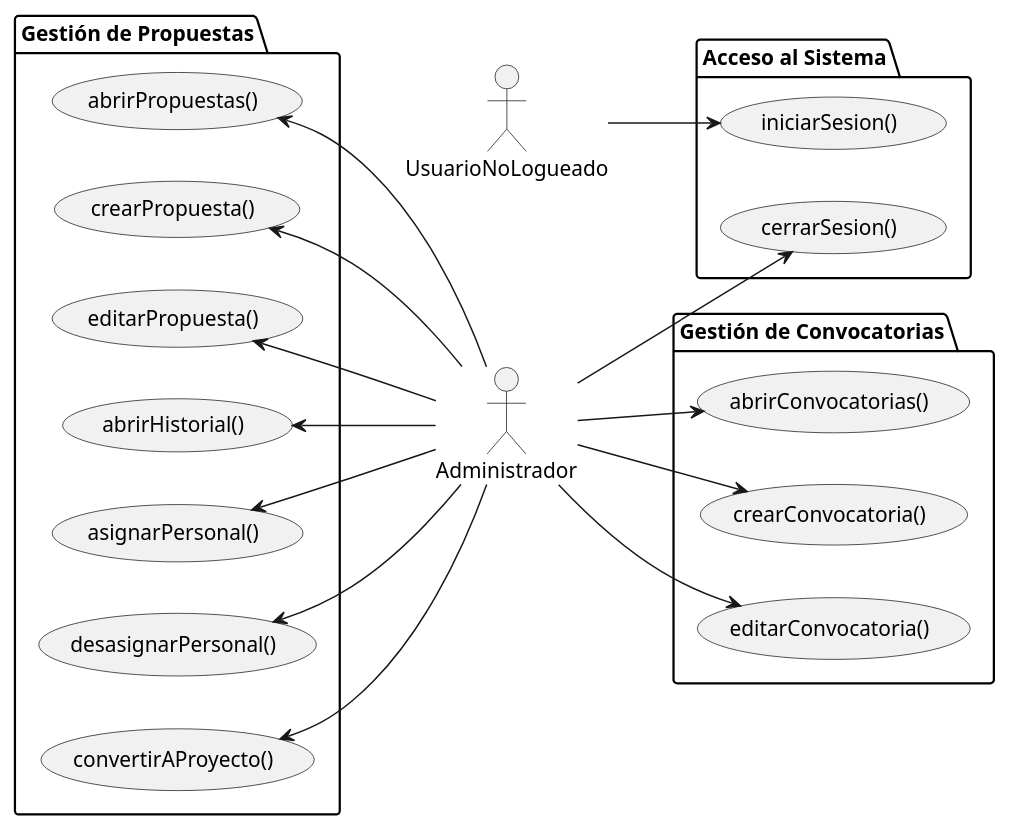
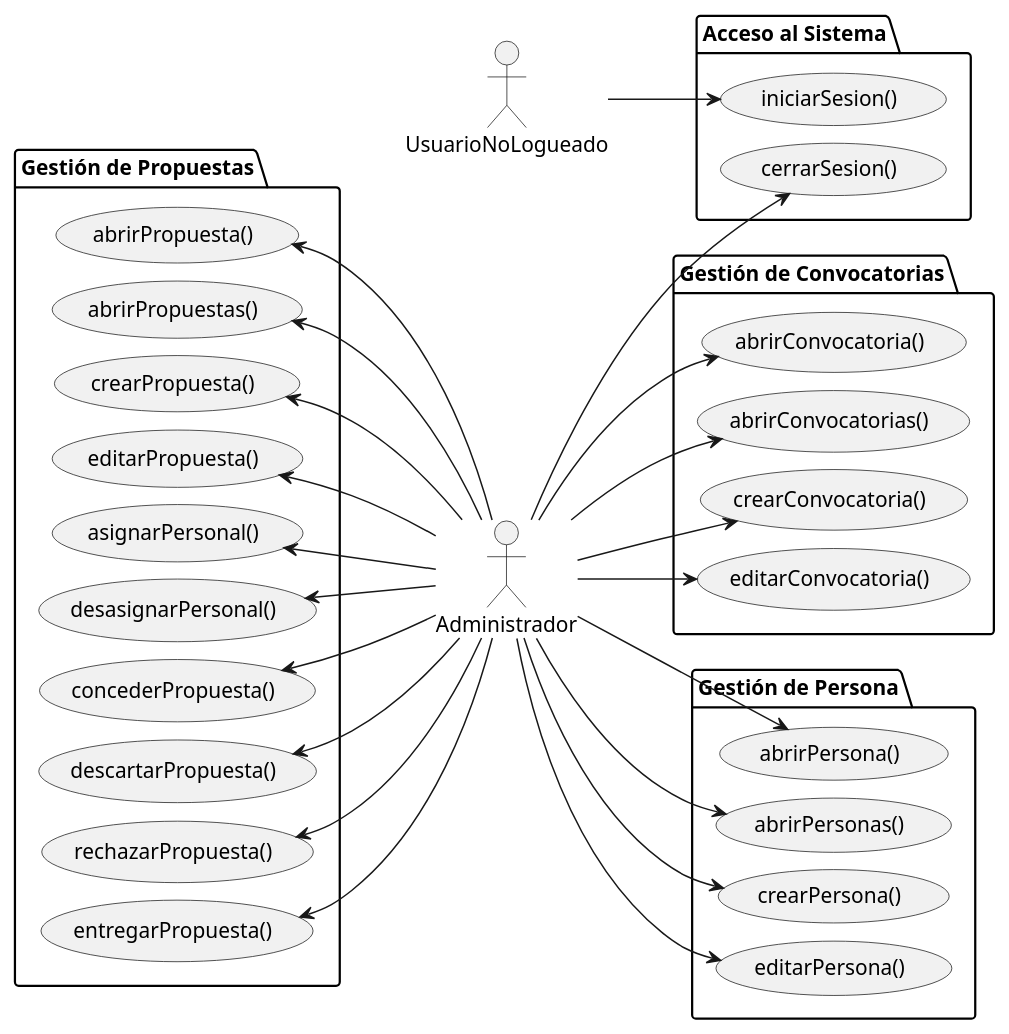
Before and after one commit to Angelo2272/26-27-IdSw1-SDR: the diagram in modelosUML/01-actores-casos-uso/dimension-convocatoria-propuesta/actores-casos-uso.puml, drawn with PlantUML. The commit also changed 1 other file, not shown here.

Commit message:
fix: agregar casos de uso faltantesy quitar casos de uso que no pertenecen a Propuesta, Convocatoria, Persona o Acceso al Sistema

```diff
--- a/modelosUML/01-actores-casos-uso/dimension-convocatoria-propuesta/actores-casos-uso.puml
+++ b/modelosUML/01-actores-casos-uso/dimension-convocatoria-propuesta/actores-casos-uso.puml
@@ -1,45 +1,67 @@
 @startuml
 left to right direction
+skinparam ranksep 60
+skinparam nodesep 12
 
 actor UsuarioNoLogueado
 actor Administrador
 
 package "Gestión de Propuestas" {
-  usecase "abrirPropuestas()" as UC_AbrirProp
+  usecase "abrirPropuesta()" as UC_AbrirProp
+  usecase "abrirPropuestas()" as UC_AbrirProps
   usecase "crearPropuesta()" as UC_CrearProp
   usecase "editarPropuesta()" as UC_EditarProp
-  usecase "abrirHistorial()" as UC_AbrirHist
   usecase "asignarPersonal()" as UC_Asignar
   usecase "desasignarPersonal()" as UC_Desasignar
-  usecase "convertirAProyecto()" as UC_Convertir
+  usecase "concederPropuesta()" as UC_Conceder
+  usecase "descartarPropuesta()" as UC_Descartar
+  usecase "rechazarPropuesta()" as UC_Rechazar
+  usecase "entregarPropuesta()" as UC_Entregar
 }
 
 package "Acceso al Sistema" {
   usecase "iniciarSesion()" as UC_Iniciar
   usecase "cerrarSesion()" as UC_Cerrar
 }
 
 package "Gestión de Convocatorias" {
-  usecase "abrirConvocatorias()" as UC_AbrirConv
+  usecase "abrirConvocatoria()" as UC_AbrirConv
+  usecase "abrirConvocatorias()" as UC_AbrirConvs
   usecase "crearConvocatoria()" as UC_CrearConv
   usecase "editarConvocatoria()" as UC_EditarConv
 }
 
-' Izquierda del actor (con left to right direction, <-- coloca el destino a la izquierda)
+package "Gestión de Persona" {
+  usecase "abrirPersona()" as UC_AbrirPers
+  usecase "abrirPersonas()" as UC_AbrirPerss
+  usecase "crearPersona()" as UC_CrearPers
+  usecase "editarPersona()" as UC_EditarPers
+}
+
+' Columna izquierda: Gestión de Propuestas (10 casos de uso)
 UC_AbrirProp <-- Administrador
+UC_AbrirProps <-- Administrador
 UC_CrearProp <-- Administrador
 UC_EditarProp <-- Administrador
-UC_AbrirHist <-- Administrador
 UC_Asignar <-- Administrador
 UC_Desasignar <-- Administrador
-UC_Convertir <-- Administrador
+UC_Conceder <-- Administrador
+UC_Descartar <-- Administrador
+UC_Rechazar <-- Administrador
+UC_Entregar <-- Administrador
 
-' Derecha de los actores (--> coloca el destino a la derecha)
+' Columna derecha: Acceso al Sistema, Gestión de Convocatorias y Gestión de Persona (10 casos de uso)
 UsuarioNoLogueado --> UC_Iniciar
 Administrador --> UC_Cerrar
 
 Administrador --> UC_AbrirConv
+Administrador --> UC_AbrirConvs
 Administrador --> UC_CrearConv
 Administrador --> UC_EditarConv
 
+Administrador --> UC_AbrirPers
+Administrador --> UC_AbrirPerss
+Administrador --> UC_CrearPers
+Administrador --> UC_EditarPers
+
 @enduml
```
